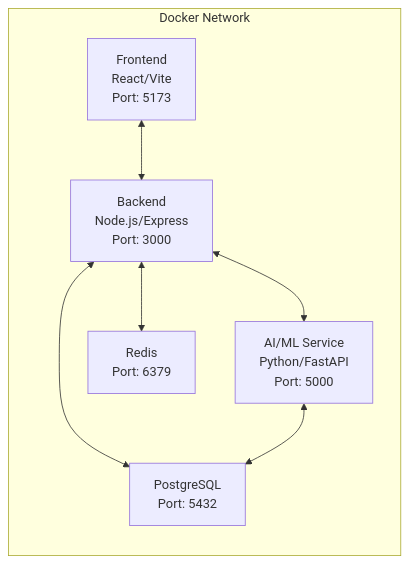
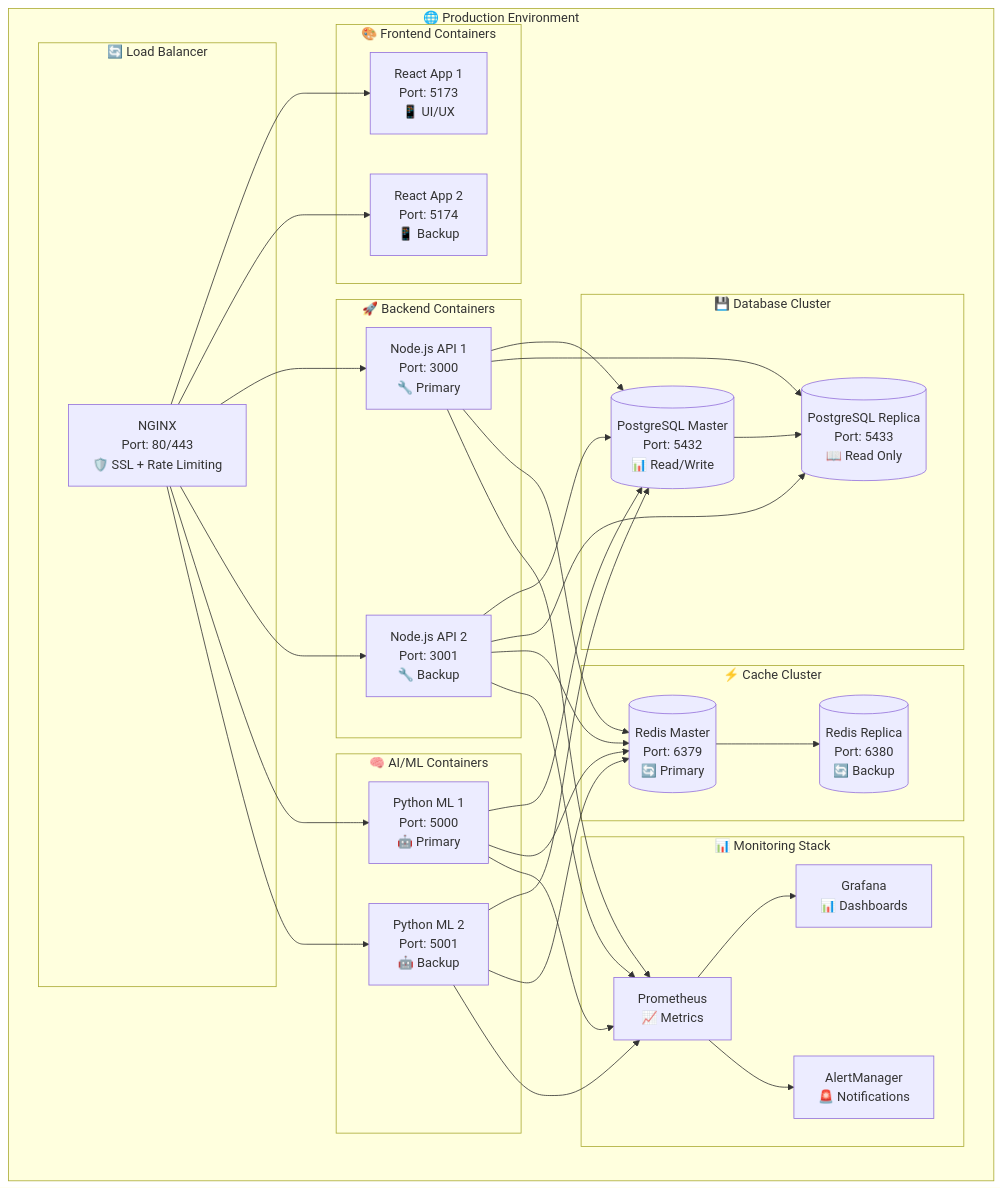
Before and after one commit to bhuwanb23/profitpulse: the second of 6 diagrams in README.md, drawn with Mermaid. The commit also changed other lines of this file and 3 other files, not shown here.

````diff
--- a/README.md
+++ b/README.md
@@ -70,11 +220,69 @@
 ```mermaid
-graph LR
-    subgraph "Docker Network"
-        direction TB
-        F[Frontend<br/>React/Vite<br/>Port: 5173] <--> B[Backend<br/>Node.js/Express<br/>Port: 3000]
-        B <--> A[AI/ML Service<br/>Python/FastAPI<br/>Port: 5000]
-        B <--> C[PostgreSQL<br/>Port: 5432]
-        B <--> D[Redis<br/>Port: 6379]
-        A <--> C
+graph TB
+    subgraph "🌐 Production Environment"
+        subgraph "🔄 Load Balancer"
+            LB[NGINX<br/>Port: 80/443<br/>🛡️ SSL + Rate Limiting]
+        end
+        
+        subgraph "🎨 Frontend Containers"
+            F1[React App 1<br/>Port: 5173<br/>📱 UI/UX]
+            F2[React App 2<br/>Port: 5174<br/>📱 Backup]
+        end
+        
+        subgraph "🚀 Backend Containers"
+            B1[Node.js API 1<br/>Port: 3000<br/>🔧 Primary]
+            B2[Node.js API 2<br/>Port: 3001<br/>🔧 Backup]
+        end
+        
+        subgraph "🧠 AI/ML Containers"
+            A1[Python ML 1<br/>Port: 5000<br/>🤖 Primary]
+            A2[Python ML 2<br/>Port: 5001<br/>🤖 Backup]
+        end
+        
+        subgraph "💾 Database Cluster"
+            PG1[(PostgreSQL Master<br/>Port: 5432<br/>📊 Read/Write)]
+            PG2[(PostgreSQL Replica<br/>Port: 5433<br/>📖 Read Only)]
+        end
+        
+        subgraph "⚡ Cache Cluster"
+            R1[(Redis Master<br/>Port: 6379<br/>🔄 Primary)]
+            R2[(Redis Replica<br/>Port: 6380<br/>🔄 Backup)]
+        end
+        
+        subgraph "📊 Monitoring Stack"
+            PROM[Prometheus<br/>📈 Metrics]
+            GRAF[Grafana<br/>📊 Dashboards]
+            ALERT[AlertManager<br/>🚨 Notifications]
+        end
     end
+    
+    LB --> F1
+    LB --> F2
+    LB --> B1
+    LB --> B2
+    LB --> A1
+    LB --> A2
+    
+    B1 --> PG1
+    B2 --> PG1
+    B1 --> PG2
+    B2 --> PG2
+    
+    A1 --> PG1
+    A2 --> PG1
+    
+    B1 --> R1
+    B2 --> R1
+    A1 --> R1
+    A2 --> R1
+    
+    R1 --> R2
+    PG1 --> PG2
+    
+    B1 --> PROM
+    B2 --> PROM
+    A1 --> PROM
+    A2 --> PROM
+    PROM --> GRAF
+    PROM --> ALERT
 ```
````
